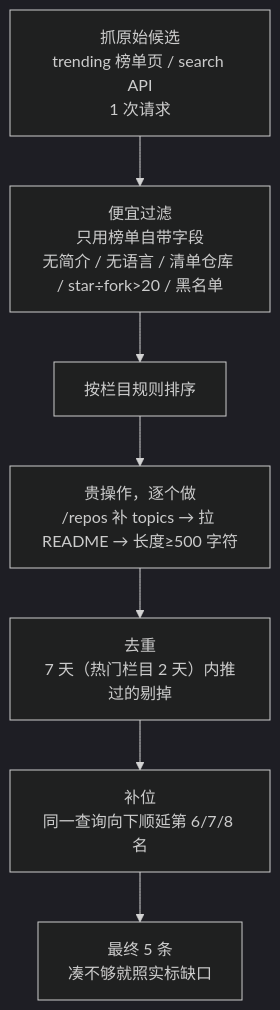
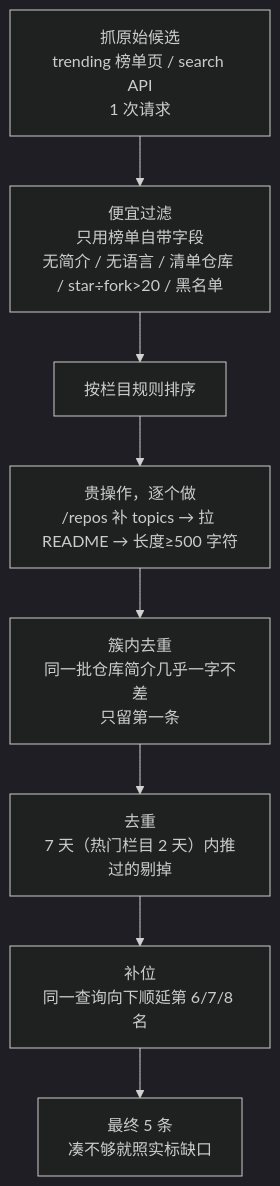
The second of 2 diagrams in README.md (palmer67/github-daily-digest), drawn with Mermaid (dark theme) before and after one commit. The commit also changed other lines of this file, not shown here.

````diff
--- a/README.md
+++ b/README.md
@@ -35,9 +35,10 @@
 ```mermaid
 flowchart TD
     S["抓原始候选<br/>trending 榜单页 / search API<br/>1 次请求"] --> F1["便宜过滤<br/>只用榜单自带字段<br/>无简介 / 无语言 / 清单仓库 / star÷fork>20 / 黑名单"]
     F1 --> SORT["按栏目规则排序"]
     SORT --> G["贵操作，逐个做<br/>/repos 补 topics → 拉 README → 长度≥500 字符"]
-    G --> D["去重<br/>7 天（热门栏目 2 天）内推过的剔掉"]
+    G --> D2["簇内去重<br/>同一批仓库简介几乎一字不差<br/>只留第一条"]
+    D2 --> D["去重<br/>7 天（热门栏目 2 天）内推过的剔掉"]
     D --> B["补位<br/>同一查询向下顺延第 6/7/8 名"]
     B --> R["最终 5 条<br/>凑不够就照实标缺口"]
 ```
````
